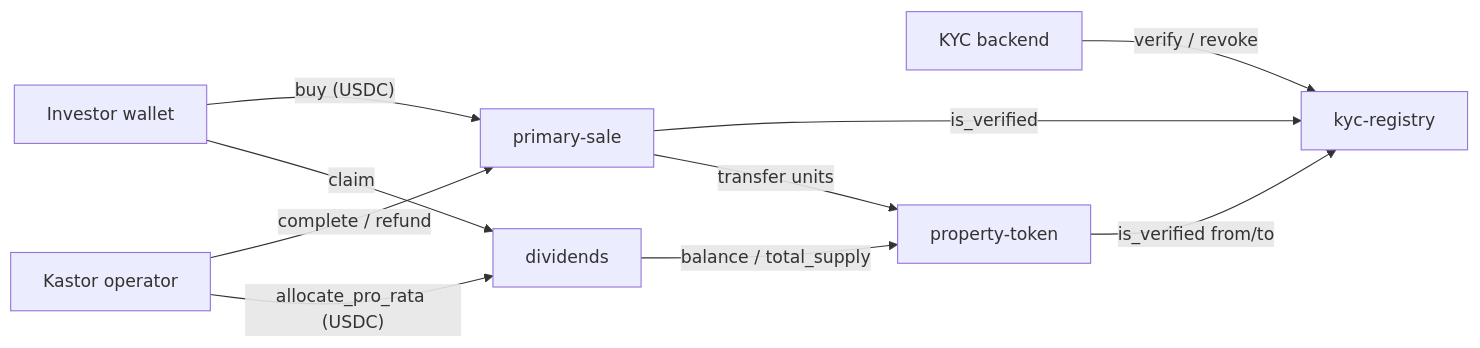
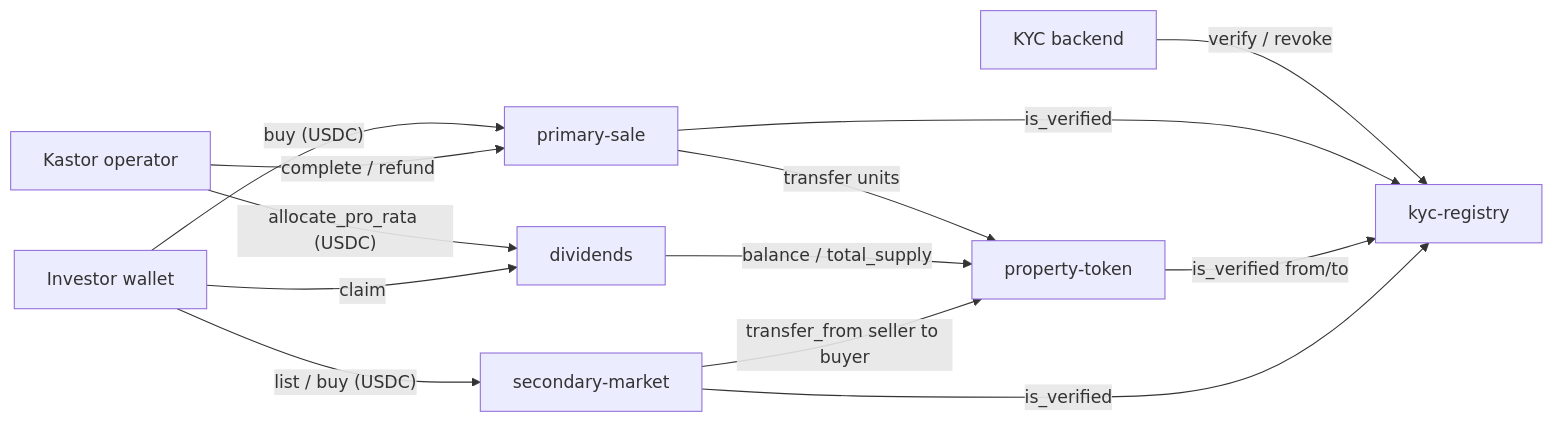
Before and after one commit to kastorfinance/kastor-soroban: the diagram in README.md, drawn with Mermaid. The commit also changed other lines of this file and 3 other files, not shown here.

````diff
--- a/README.md
+++ b/README.md
@@ -18,12 +19,15 @@
 ```mermaid
 flowchart LR
   KYC[KYC backend] -- verify / revoke --> REG[kyc-registry]
   INV[Investor wallet] -- buy (USDC) --> SALE[primary-sale]
   SALE -- is_verified --> REG
   SALE -- transfer units --> TOK[property-token]
   TOK -- is_verified from/to --> REG
   OPS[Kastor operator] -- complete / refund --> SALE
   OPS -- allocate_pro_rata (USDC) --> DIV[dividends]
   DIV -- balance / total_supply --> TOK
   INV -- claim --> DIV
+  INV -- list / buy (USDC) --> MKT[secondary-market]
+  MKT -- is_verified --> REG
+  MKT -- transfer_from seller to buyer --> TOK
 ```
````
